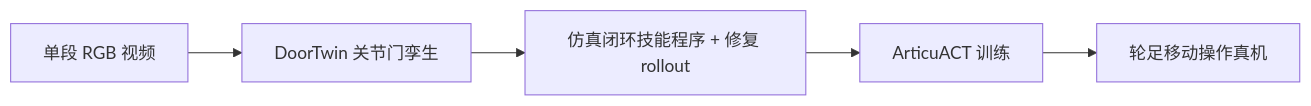
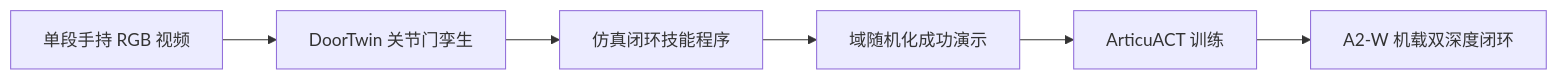
One commit to ImChong/Robotics_Notebooks changed the diagram in wiki/entities/paper-video2door-traversal.md. Above: the diagram before and after it, drawn with Mermaid. The commit also changed other lines of this file and 19 other files, not shown here.

````diff
--- a/wiki/entities/paper-video2door-traversal.md
+++ b/wiki/entities/paper-video2door-traversal.md
@@ -51,7 +84,8 @@
 ```mermaid
 flowchart LR
-  vid[单段 RGB 视频] --> twin[DoorTwin 关节门孪生]
-  twin --> sim[仿真闭环技能程序 + 修复 rollout]
-  sim --> train[ArticuACT 训练]
-  train --> real[轮足移动操作真机]
+  vid[单段手持 RGB 视频] --> twin[DoorTwin 关节门孪生]
+  twin --> agent[仿真闭环技能程序]
+  agent --> demo[域随机化成功演示]
+  demo --> pol[ArticuACT 训练]
+  pol --> real[A2-W 机载双深度闭环]
 ```
````
